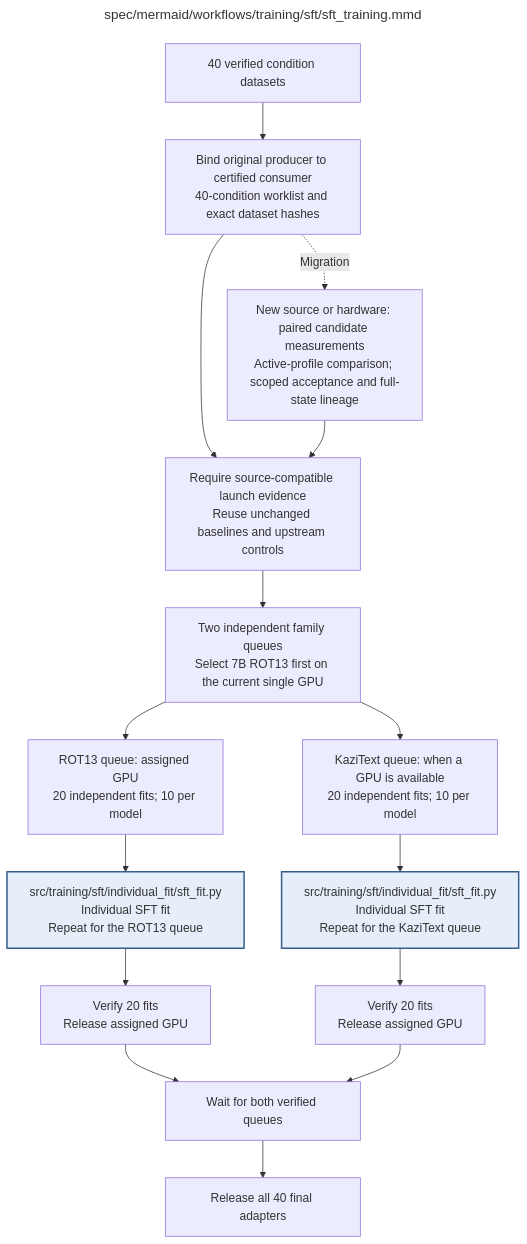
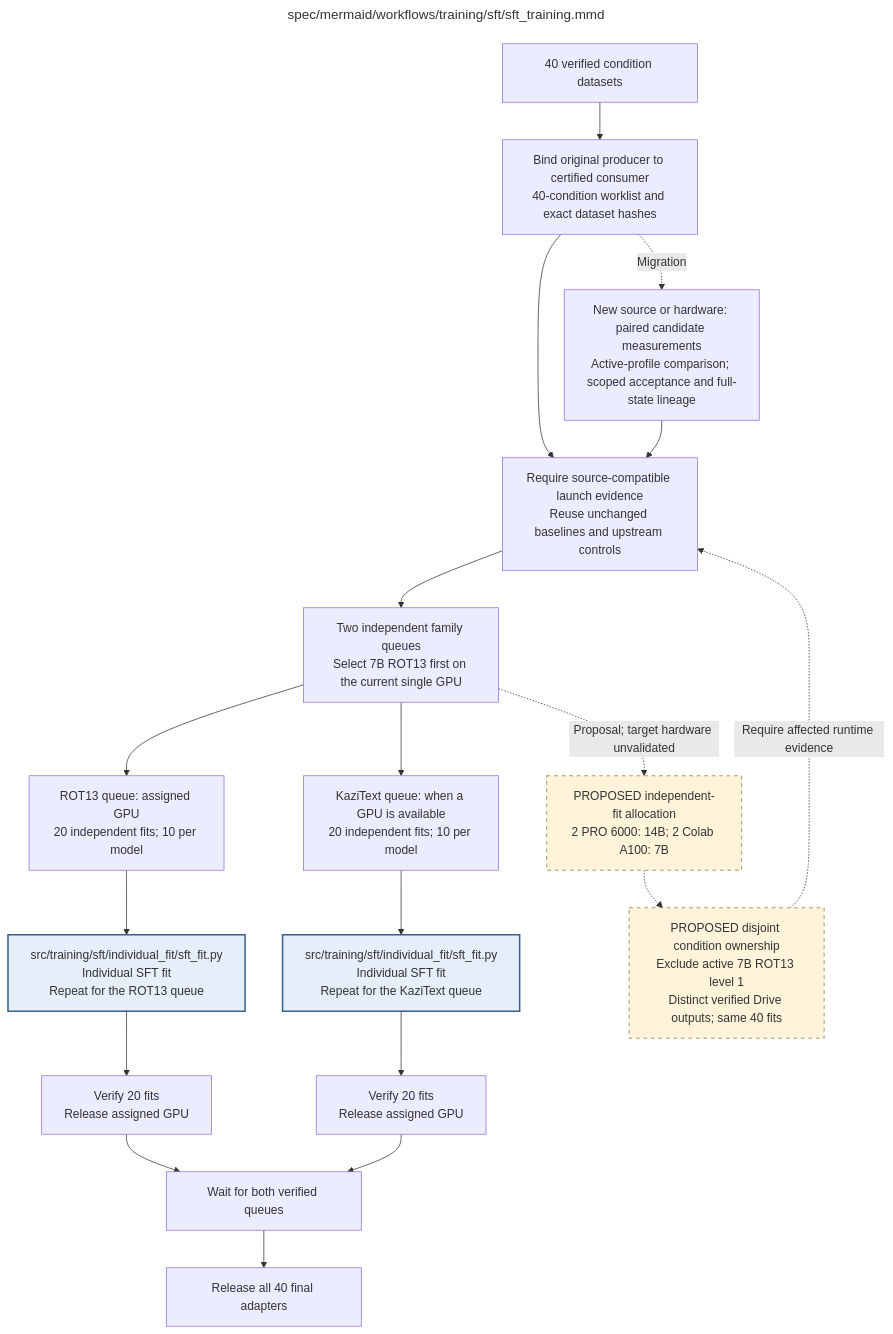
One commit to AJUNNYC/inducing_persistent_textual_chain_of_thought_illegibility changed the diagram in docs/modules/training/sft/sft_training.md. Above: the diagram before and after it, drawn with Mermaid. The commit also changed other lines of this file and 18 other files, not shown here.

First line of the commit message:
Document proposed RunPod and Colab SFT deployment

````diff
--- a/docs/modules/training/sft/sft_training.md
+++ b/docs/modules/training/sft/sft_training.md
@@ -63,57 +65,67 @@
 ```mermaid
 ---
 title: "spec/mermaid/workflows/training/sft/sft_training.mmd"
 ---
 flowchart TD
 %% SFT training schedule
 %% Edit quoted node labels directly; this is native Mermaid source.
 %% Source 05f42b0 recovery accepted no recomputation only for 7B ROT13 level 1 on RTX PRO 6000 Blackwell 96GB.
 %% CUDA input caching failed speed; other conditions retain the original execution defaults.
 %% CE defaults to spatial_ce; source 6d21fff flat/fused forward candidates failed numerical bounds.
 %% Source 218900d accepted stock spatial forward/tiled backward only for 7B ROT13 level 1 on Blackwell96GB.
 %% Historical source 218900d inherited step 401 with preserved parent checkpoints and verified Drive state.
 %% Source a6e3295 accepted spatial_scheduled_ce for the same selected condition; serial FP32 forward order retained.
 %% Two counterbalanced step-509 pairs passed bitwise state/RNG and additional 24.70-24.98% median time reduction.
 %% Historical a6e3295 lineage began at step 509 with preserved parent bytes.
 %% Final source 07f8a68 copy-removal trial passed bitwise state/RNG but failed speed; rejected.
 %% Resume accepted a6e3295 from step 673 in the same existing lineage; no new migration.
 %% Optimization rounds are closed; all scientific settings and 40 planned fits are retained.
+%% PROPOSED only: two PRO 6000 workers for 14B and two Colab A100 workers for remaining 7B fits.
+%% Current 7B ROT13 level 1 stays owned; no duplicate condition, new deployment or A100/14B approval.
+%% Planning source: docs/sft_multi_gpu_execution_plan.md; forecasts are estimates, not benchmarks.
 %% Loss trials compare against active no recomputation; preserve latest full-state progress and RNG.
 %% Contract: ../../shared_procedures/recovery_procedure.mmd applies to execution failures.
 %% Each queue covers 7B and 14B at all 10 levels; fits are independent and start from untouched bases.
 %% Within each queue, select the next unfinished fit until all 20 are verified.
 %% Current certified launcher serializes selected model/levels on one GPU.
 %% Whole optimizer updates and full checkpoints must pass verified Drive barriers.
 %% Later adapter evaluation explicitly reuses the frozen vLLM measurement contract.
 %% Accepted execution evidence is scoped to one model/family/level; do not release the whole matrix from one screen.
 %% Migration inherits verified full-state progress and preserves parent checkpoint bytes.
 %% A failed fit stops that queue and yields a partial report; the other queue may finish valid work.
 %% Child: ROTFIT => individual_fit/sft_fit.mmd
 %% Child: KAZFIT => individual_fit/sft_fit.mmd
     INPUT["40 verified condition datasets"]
     CERT["Bind original producer to certified consumer<br/>40-condition worklist and exact dataset hashes"]
     GATES["Require source-compatible launch evidence<br/>Reuse unchanged baselines and upstream controls"]
     PLAN["Two independent family queues<br/>Select 7B ROT13 first on the current single GPU"]
     ROT["ROT13 queue: assigned GPU<br/>20 independent fits; 10 per model"]
     KAZ["KaziText queue: when a GPU is available<br/>20 independent fits; 10 per model"]
     ROTFIT["src/training/sft/individual_fit/sft_fit.py<br/>Individual SFT fit<br/>Repeat for the ROT13 queue"]
     KAZFIT["src/training/sft/individual_fit/sft_fit.py<br/>Individual SFT fit<br/>Repeat for the KaziText queue"]
     ROTDONE["Verify 20 fits<br/>Release assigned GPU"]
     KAZDONE["Verify 20 fits<br/>Release assigned GPU"]
     WAIT["Wait for both verified queues"]
     OUT["Release all 40 final adapters"]
     BENCH["New source or hardware: paired candidate measurements<br/>Active-profile comparison; scoped acceptance and full-state lineage"]
+    PROPOSED["PROPOSED independent-fit allocation<br/>2 PRO 6000: 14B; 2 Colab A100: 7B"]
+    OWNERS["PROPOSED disjoint condition ownership<br/>Exclude active 7B ROT13 level 1<br/>Distinct verified Drive outputs; same 40 fits"]
+    PLAN -.->|Proposal; target hardware unvalidated| PROPOSED
+    PROPOSED -.-> OWNERS
+    OWNERS -.->|Require affected runtime evidence| GATES
     INPUT --> CERT --> GATES --> PLAN
     CERT -.->|Migration| BENCH --> GATES
     PLAN --> ROT --> ROTFIT --> ROTDONE --> WAIT
     PLAN --> KAZ --> KAZFIT --> KAZDONE --> WAIT
     WAIT --> OUT
     classDef detail fill:#e5eef9,stroke:#365f8a,stroke-width:2px
     class ROTFIT,KAZFIT detail
+    classDef proposal fill:#fff3d9,stroke:#95733f,stroke-dasharray:5 5
+    class PROPOSED,OWNERS proposal
 
 %% Repository module: src/training/sft/sft_training.py
 %% Module documentation: docs/modules/training/sft/sft_training.md
 %% Unit test: tests/unit/training/sft/test_sft_training.py
 %% Owner: sft
 %% Source sections: C.2; E.1.1–E.1.3; E.2.2,E.2.5
 ```
````
